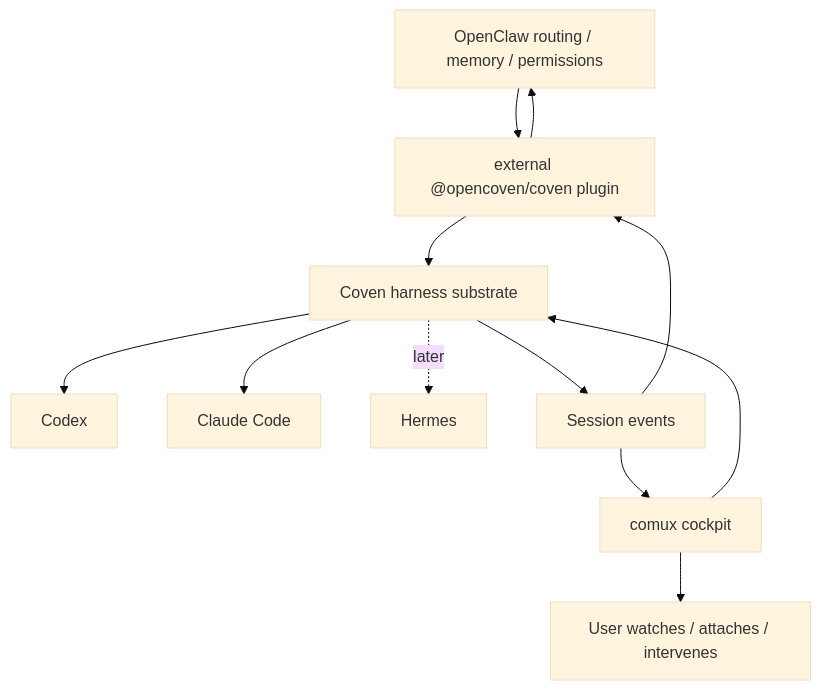
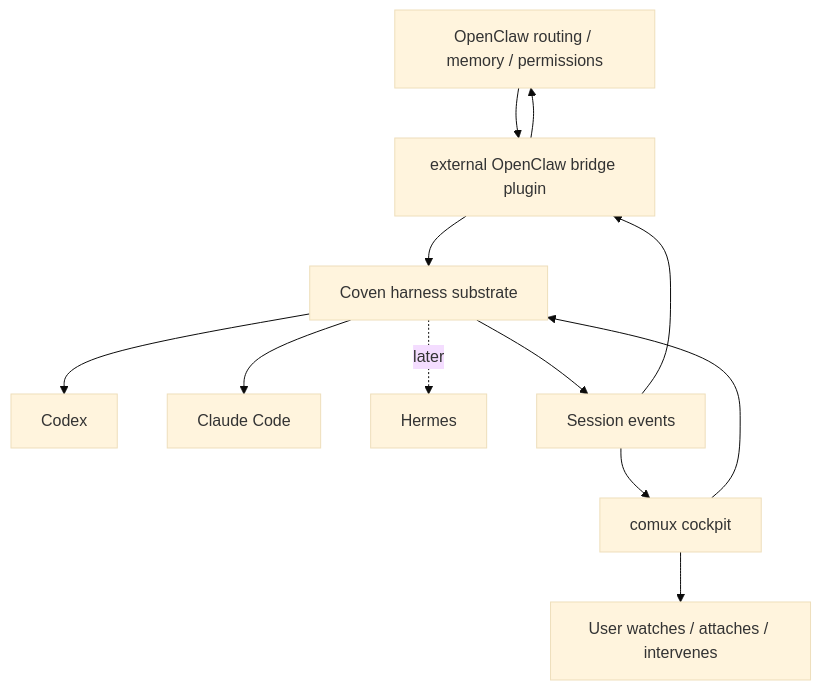
One commit to OpenCoven/coven changed the fifth of 6 diagrams in docs/MVP-PLAN.md. Above: the diagram before and after it, drawn with Mermaid (base theme). The commit also changed other lines of this file and 48 other files, not shown here.

````diff
--- a/docs/MVP-PLAN.md
+++ b/docs/MVP-PLAN.md
@@ -427,14 +427,14 @@
 ```mermaid
 flowchart TD
-  OpenClaw[OpenClaw routing / memory / permissions] --> Plugin[external @opencoven/coven plugin]
+  OpenClaw[OpenClaw routing / memory / permissions] --> Plugin[external OpenClaw bridge plugin]
   Plugin --> Coven[Coven harness substrate]
   Comux[comux cockpit] --> Coven
   Coven --> Codex[Codex]
   Coven --> Claude[Claude Code]
   Coven -. later .-> Hermes[Hermes]
   Coven --> Events[Session events]
   Events --> Plugin
   Plugin --> OpenClaw
   Events --> Comux
   Comux --> User[User watches / attaches / intervenes]
 ```
````
